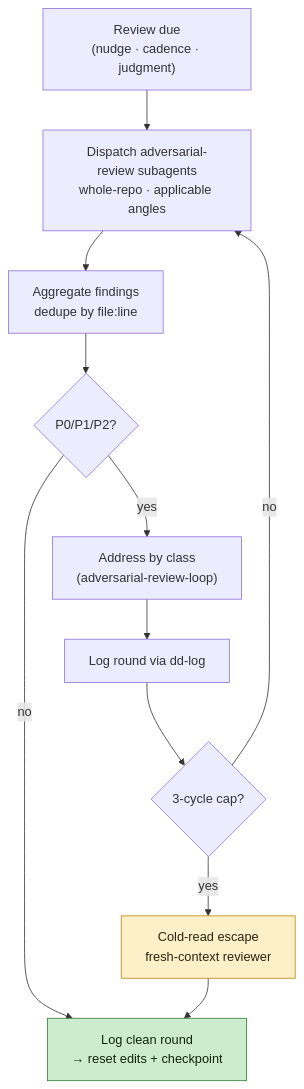
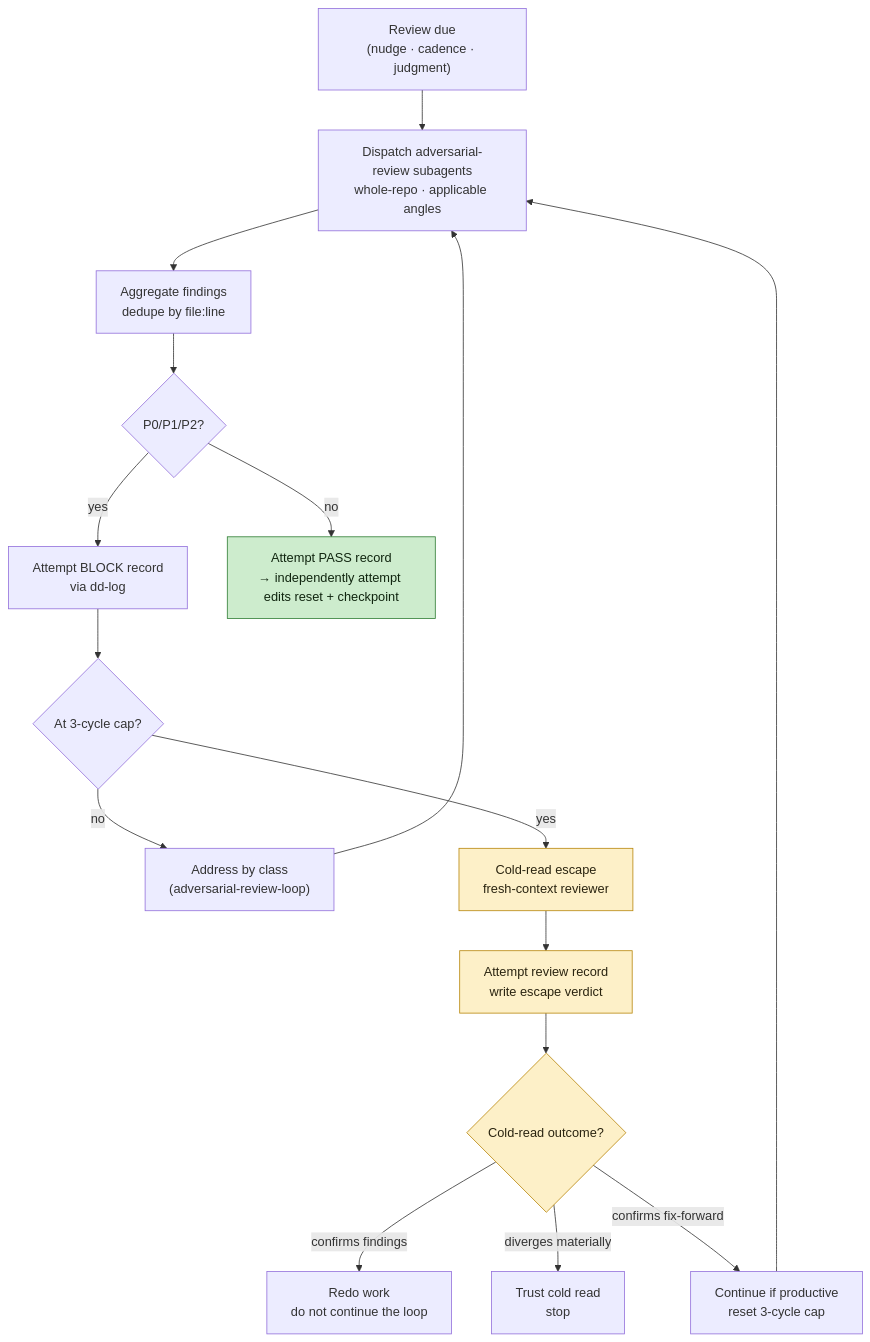
One commit to midris/disciplined-development-skills changed the fourth of 7 diagrams in ARCHITECTURE.md. Above: the diagram before and after it, drawn with Mermaid. The commit also changed other lines of this file and 69 other files, not shown here.

````diff
--- a/ARCHITECTURE.md
+++ b/ARCHITECTURE.md
@@ -170,17 +175,22 @@
 ```mermaid
 flowchart TD
     A["Review due<br/>(nudge · cadence · judgment)"] --> B["Dispatch adversarial-review subagents<br/>whole-repo · applicable angles"]
     B --> C["Aggregate findings<br/>dedupe by file:line"]
     C --> D{"P0/P1/P2?"}
-    D -- yes --> E["Address by class<br/>(adversarial-review-loop)"]
-    E --> F["Log round via dd-log"]
-    F --> G{"3-cycle cap?"}
-    G -- no --> B
+    D -- yes --> F["Attempt BLOCK record<br/>via dd-log"]
+    F --> G{"At 3-cycle cap?"}
+    G -- no --> E["Address by class<br/>(adversarial-review-loop)"]
+    E --> B
     G -- yes --> H["Cold-read escape<br/>fresh-context reviewer"]
-    D -- no --> I["Log clean round<br/>→ reset edits + checkpoint"]
-    H --> I
+    D -- no --> I["Attempt PASS record<br/>→ independently attempt edits reset + checkpoint"]
+    H --> N["Attempt review record<br/>write escape verdict"]
+    N --> J{"Cold-read outcome?"}
+    J -- confirms findings --> K["Redo work<br/>do not continue the loop"]
+    J -- diverges materially --> L["Trust cold read<br/>stop"]
+    J -- confirms fix-forward --> M["Continue if productive<br/>reset 3-cycle cap"]
+    M --> B
     classDef safe fill:#cdeccd,stroke:#2e7d32,color:#10250f;
     classDef warn fill:#fdf0c8,stroke:#b8860b,color:#2a2410;
     class I safe
-    class H warn
+    class H,N,J warn
 ```
````
